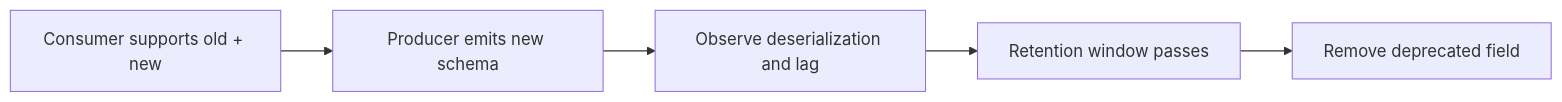
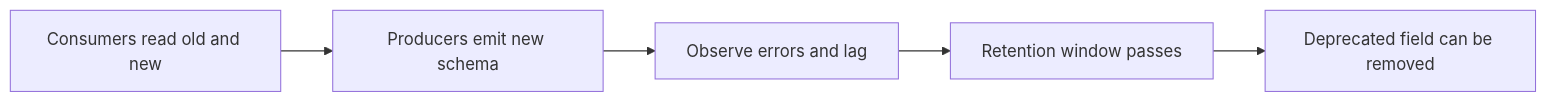
The diagram in _posts/2026-06-30-kafka-schema-evolution-compatibility-part-3.md (sandeepbhardwaj/sandeepbhardwaj.github.io), drawn with Mermaid before and after one commit. The commit also changed other lines of this file and 113 other files, not shown here.

````diff
--- a/_posts/2026-06-30-kafka-schema-evolution-compatibility-part-3.md
+++ b/_posts/2026-06-30-kafka-schema-evolution-compatibility-part-3.md
@@ -46,7 +40,7 @@
 ```mermaid
 flowchart LR
-    A[Consumer supports old + new] --> B[Producer emits new schema]
-    B --> C[Observe deserialization and lag]
+    A[Consumers read old and new] --> B[Producers emit new schema]
+    B --> C[Observe errors and lag]
     C --> D[Retention window passes]
-    D --> E[Remove deprecated field]
+    D --> E[Deprecated field can be removed]
 ```
````
